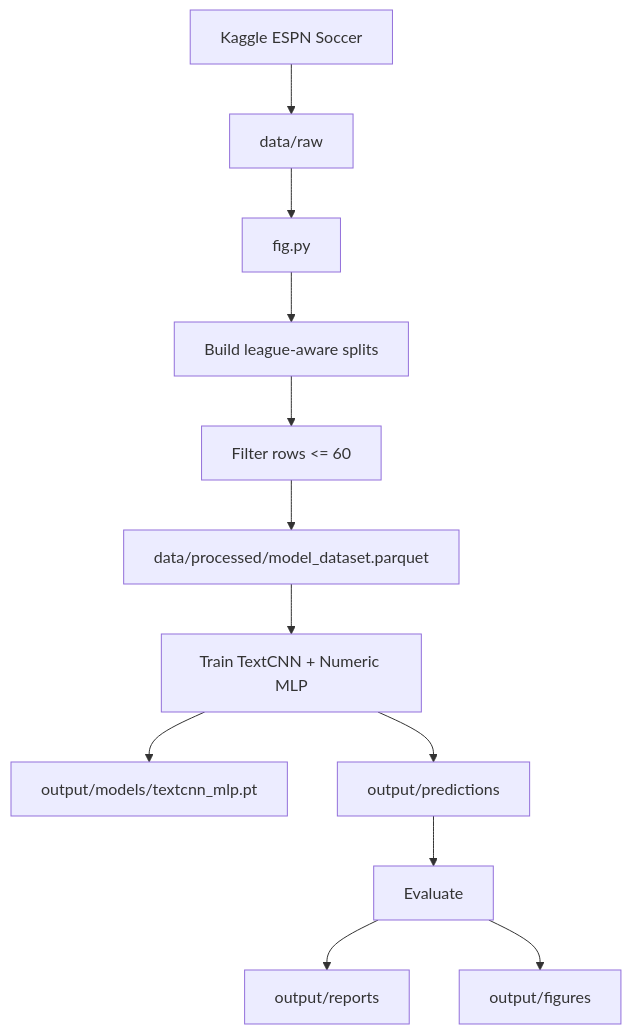
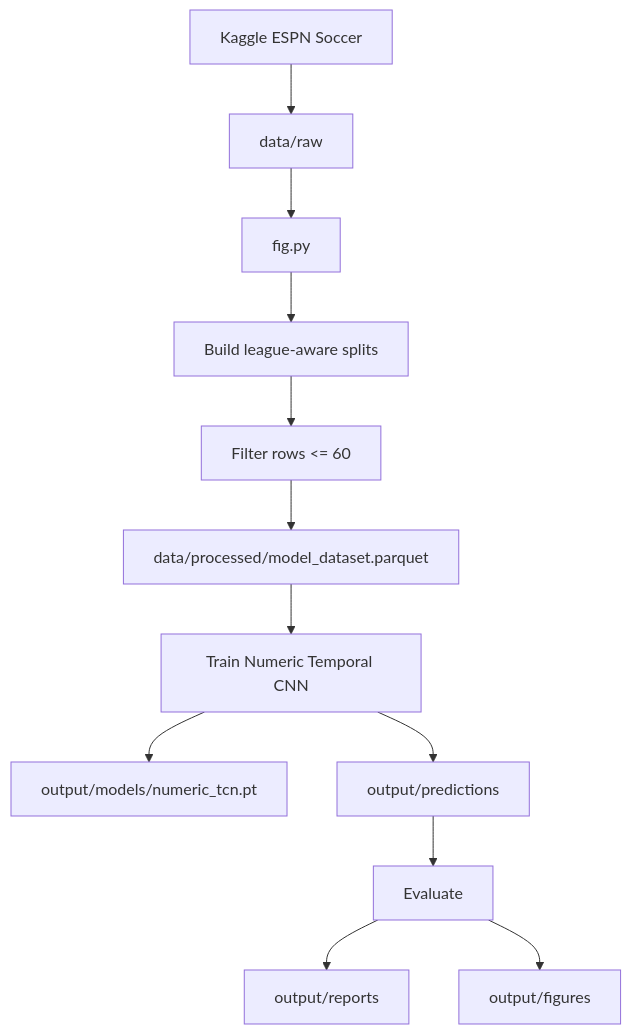
One commit to oguzhanozkaya/chess-position-recognition changed the first of 3 diagrams in docs/architecture.md. Above: the diagram before and after it, drawn with Mermaid. The commit also changed other lines of this file and 8 other files, not shown here.

Commit message:
feat: switch to cached numeric window tcn

````diff
--- a/docs/architecture.md
+++ b/docs/architecture.md
@@ -32,14 +32,14 @@
 ```mermaid
 flowchart TD
     A[Kaggle ESPN Soccer] --> B[data/raw]
     B --> C[fig.py]
     C --> D[Build league-aware splits]
     D --> E[Filter rows <= 60]
     E --> F[data/processed/model_dataset.parquet]
-    F --> G[Train TextCNN + Numeric MLP]
-    G --> H[output/models/textcnn_mlp.pt]
+    F --> G[Train Numeric Temporal CNN]
+    G --> H[output/models/numeric_tcn.pt]
     G --> I[output/predictions]
     I --> J[Evaluate]
     J --> K[output/reports]
     J --> L[output/figures]
 ```
````
